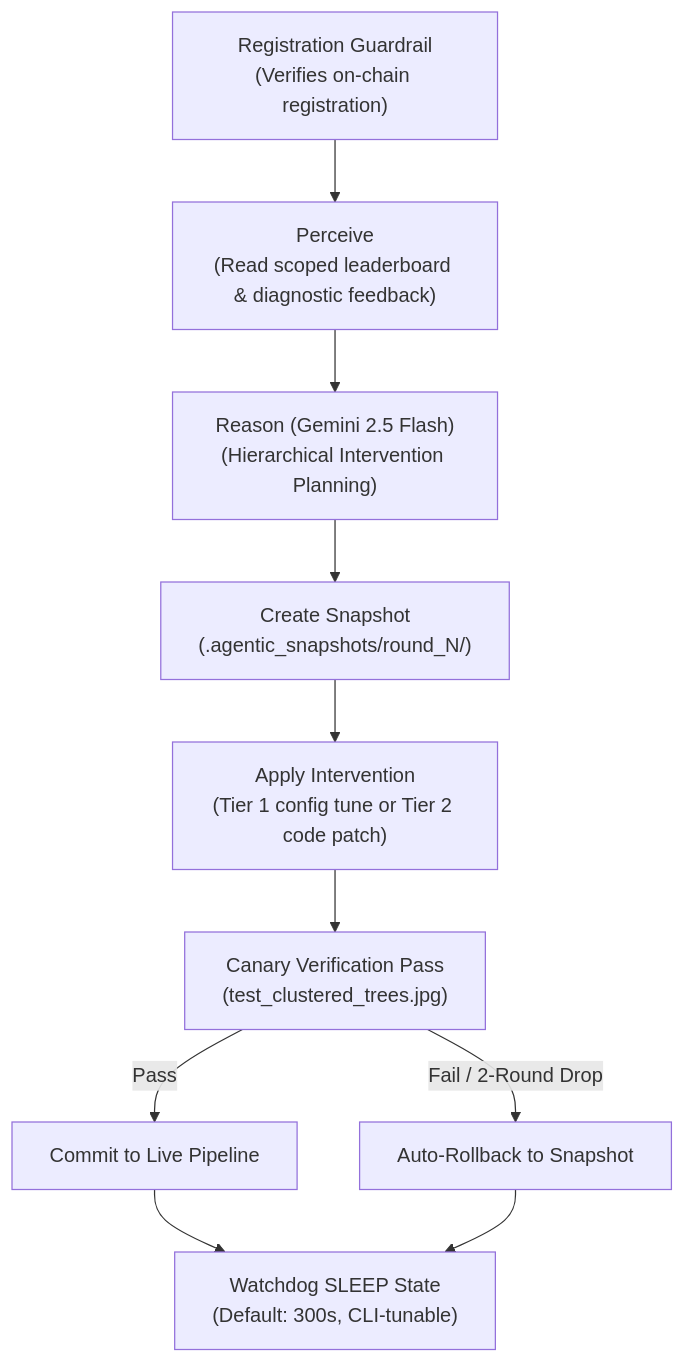
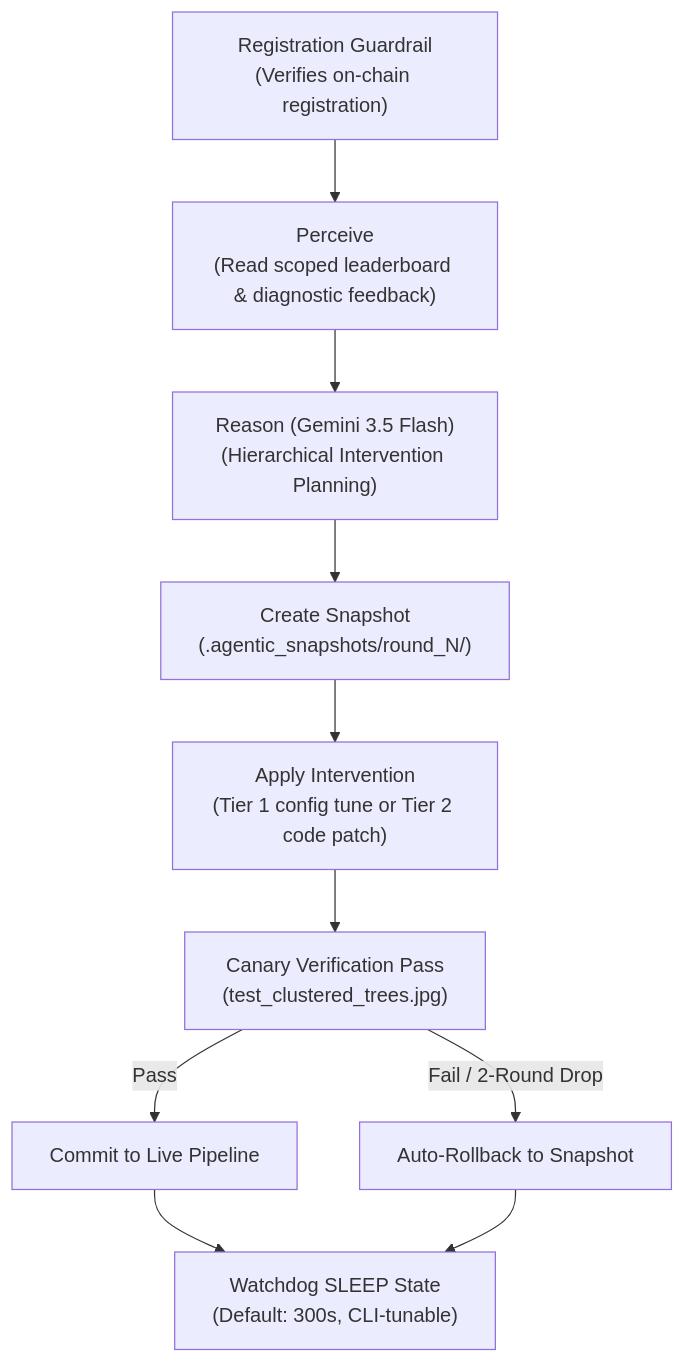
Before and after one commit to Tech-Nucleus/DataAnnotation: the diagram in MINER.md, drawn with Mermaid. The commit also changed other lines of this file and 19 other files, not shown here.

Commit message:
V 2.0.0 - Gemini 3.5 Flash upgrade, 27-image commercial dataset randomization, and testnet 6-hour demo loop

````diff
--- a/MINER.md
+++ b/MINER.md
@@ -22,12 +22,12 @@
 ```mermaid
 flowchart TD
     RegGuard["Registration Guardrail<br/>(Verifies on-chain registration)"] --> Perceive["Perceive<br/>(Read scoped leaderboard & diagnostic feedback)"]
-    Perceive --> Reason["Reason (Gemini 2.5 Flash)<br/>(Hierarchical Intervention Planning)"]
+    Perceive --> Reason["Reason (Gemini 3.5 Flash)<br/>(Hierarchical Intervention Planning)"]
     Reason --> Snapshot["Create Snapshot<br/>(.agentic_snapshots/round_N/)"]
     Snapshot --> Apply["Apply Intervention<br/>(Tier 1 config tune or Tier 2 code patch)"]
     Apply --> Canary["Canary Verification Pass<br/>(test_clustered_trees.jpg)"]
     Canary -->|Pass| Commit["Commit to Live Pipeline"]
     Canary -->|Fail / 2-Round Drop| Rollback["Auto-Rollback to Snapshot"]
     Commit --> WatchdogSleep["Watchdog SLEEP State<br/>(Default: 300s, CLI-tunable)"]
     Rollback --> WatchdogSleep
 ```
````
